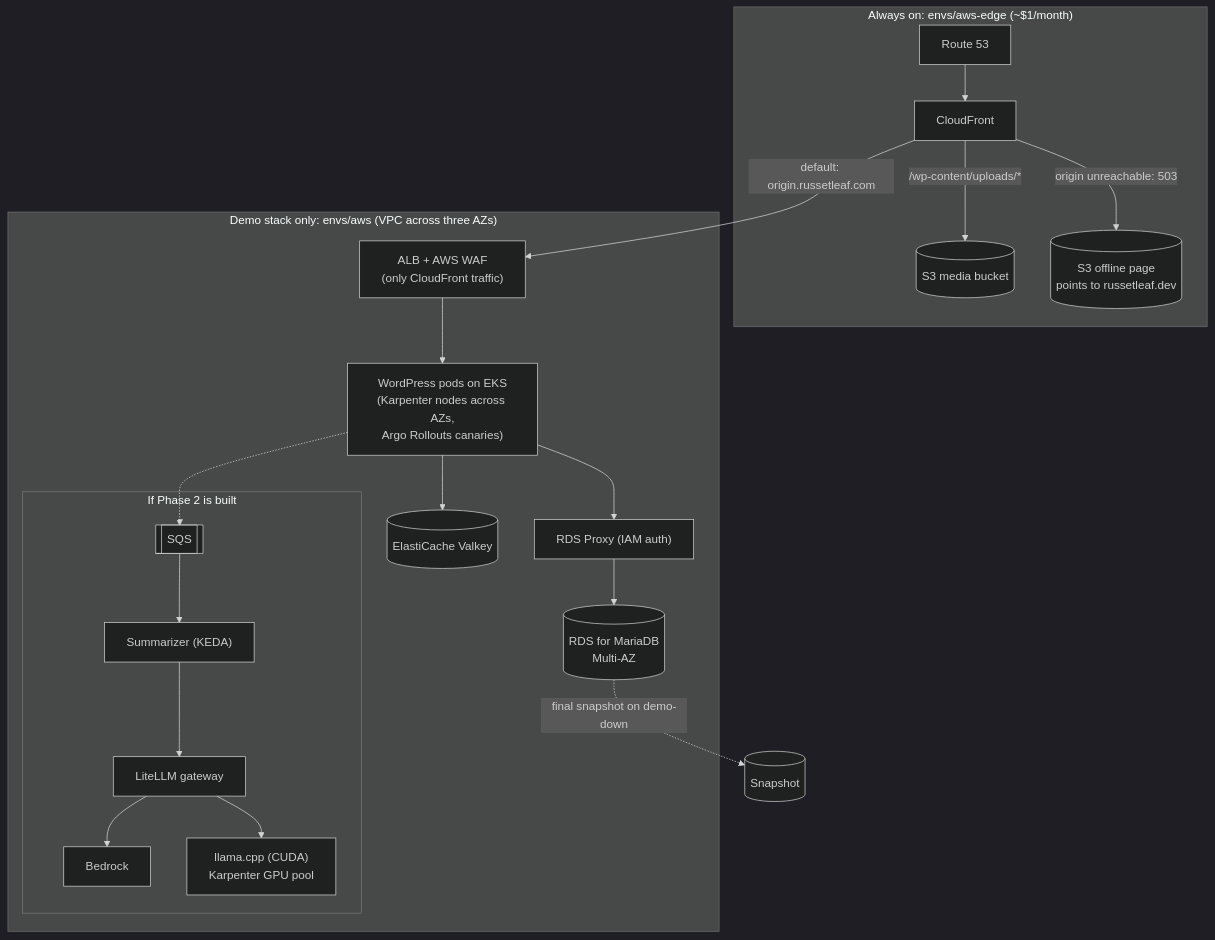
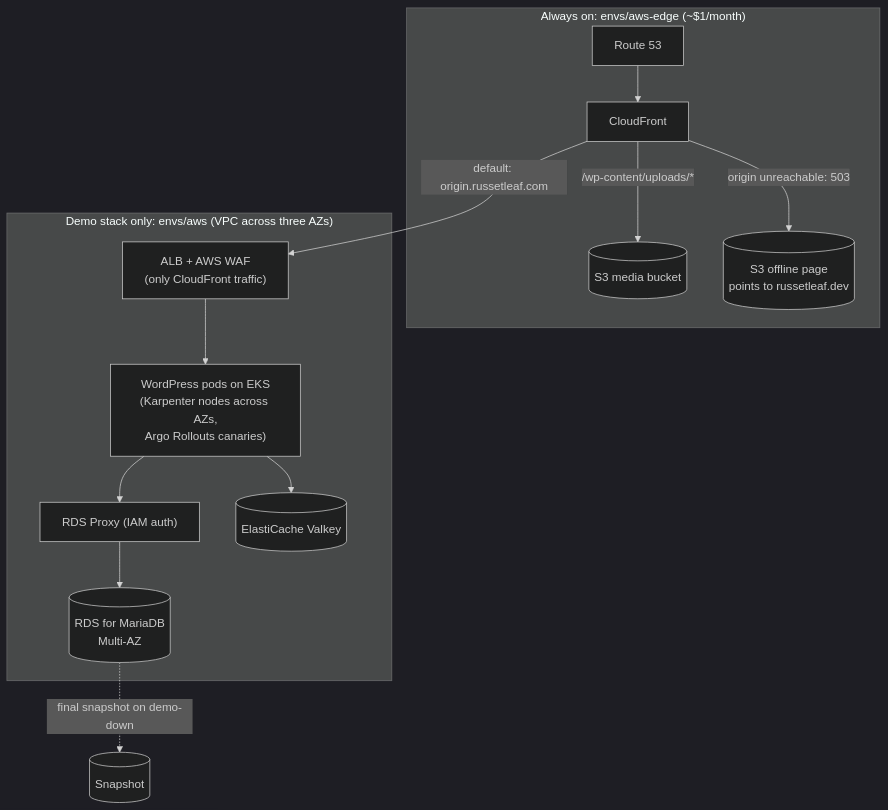
The second of 3 diagrams in docs/phase-3-russetleaf-com/design.md (russetleaf/russetleaf-docs), drawn with Mermaid (dark theme) before and after one commit. The commit also changed other lines of this file and 33 other files, not shown here.

````diff
--- a/docs/phase-3-russetleaf-com/design.md
+++ b/docs/phase-3-russetleaf-com/design.md
@@ -36,21 +36,15 @@
 ```mermaid
 flowchart TB
   subgraph edge["Always on: envs/aws-edge (~$1/month)"]
     r53["Route 53"] --> cf["CloudFront"]
     cf -->|"/wp-content/uploads/*"| media[("S3 media bucket")]
     cf -->|"origin unreachable: 503"| offline[("S3 offline page<br/>points to russetleaf.dev")]
   end
   subgraph demo["Demo stack only: envs/aws (VPC across three AZs)"]
     alb["ALB + AWS WAF<br/>(only CloudFront traffic)"] --> wp["WordPress pods on EKS<br/>(Karpenter nodes across AZs,<br/>Argo Rollouts canaries)"]
     wp --> proxy["RDS Proxy (IAM auth)"] --> rds[("RDS for MariaDB<br/>Multi-AZ")]
     wp --> cache[("ElastiCache Valkey")]
-    subgraph ai["If Phase 2 is built"]
-      sqs[["SQS"]] --> sum["Summarizer (KEDA)"] --> gw["LiteLLM gateway"]
-      gw --> bedrock["Bedrock"]
-      gw --> gpu["llama.cpp (CUDA)<br/>Karpenter GPU pool"]
-    end
-    wp -.-> sqs
   end
   cf -->|"default: origin.russetleaf.com"| alb
   rds -.->|"final snapshot on demo-down"| snap[("Snapshot")]
 ```
````
